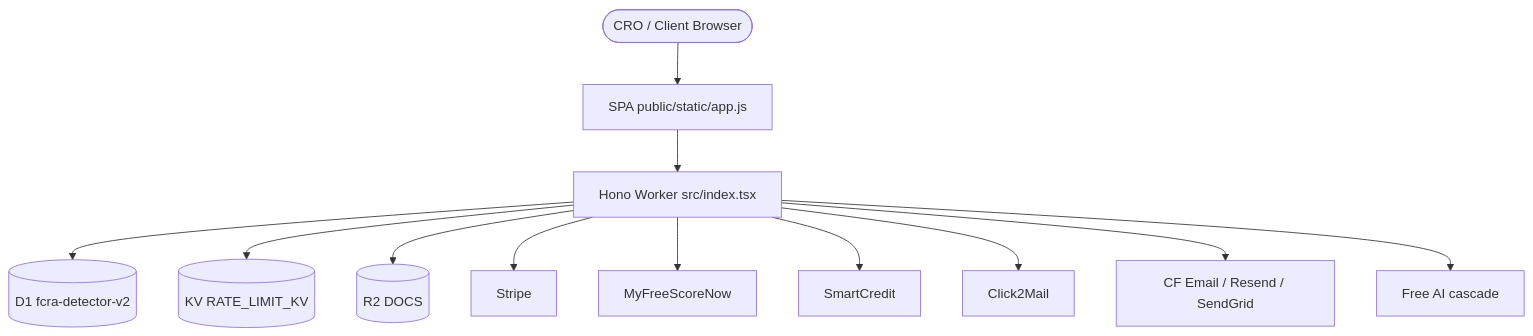
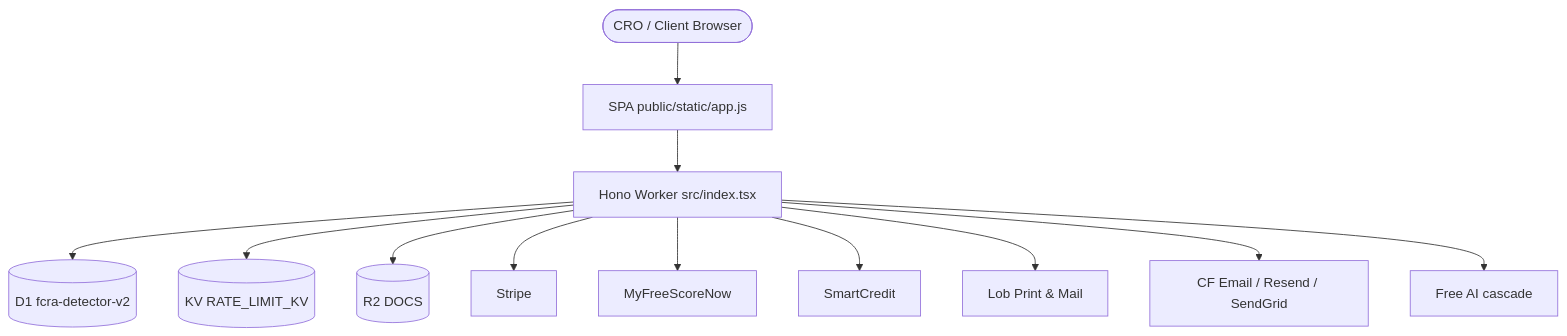
One commit to rjbizsolution23-wq/smart-FCRA changed the diagram in docs/ARCHITECTURE.md. Above: the diagram before and after it, drawn with Mermaid. The commit also changed other lines of this file and 14 other files, not shown here.

````diff
--- a/docs/ARCHITECTURE.md
+++ b/docs/ARCHITECTURE.md
@@ -12,14 +12,14 @@
 ```mermaid
 graph TD
     User([CRO / Client Browser]) --> SPA[SPA public/static/app.js]
     SPA --> Worker[Hono Worker src/index.tsx]
     Worker --> D1[(D1 fcra-detector-v2)]
     Worker --> KV[(KV RATE_LIMIT_KV)]
     Worker --> R2[(R2 DOCS)]
     Worker --> Stripe[Stripe]
     Worker --> MFSN[MyFreeScoreNow]
     Worker --> SC[SmartCredit]
-    Worker --> C2M[Click2Mail]
+    Worker --> Lob[Lob Print & Mail]
     Worker --> Email[CF Email / Resend / SendGrid]
     Worker --> AI[Free AI cascade]
 ```
````
